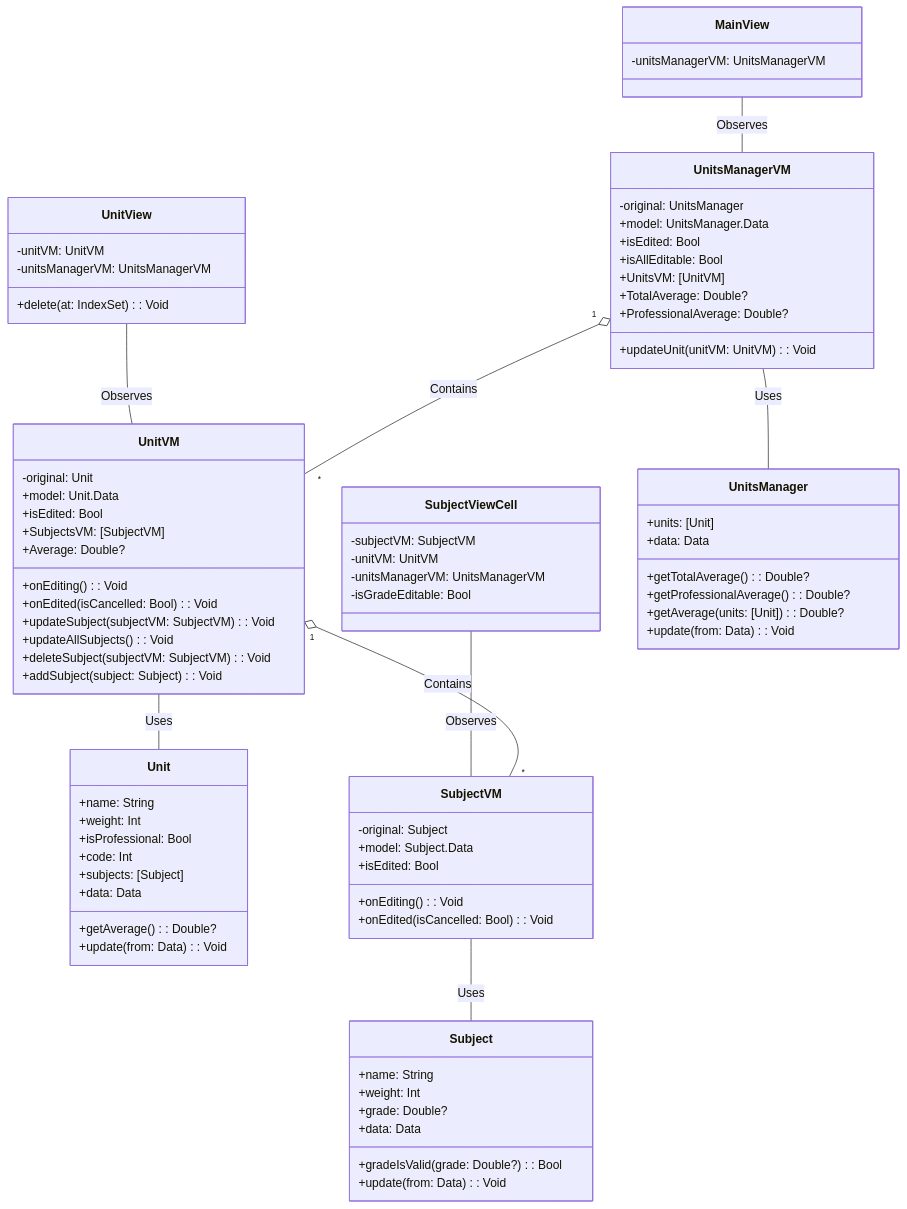
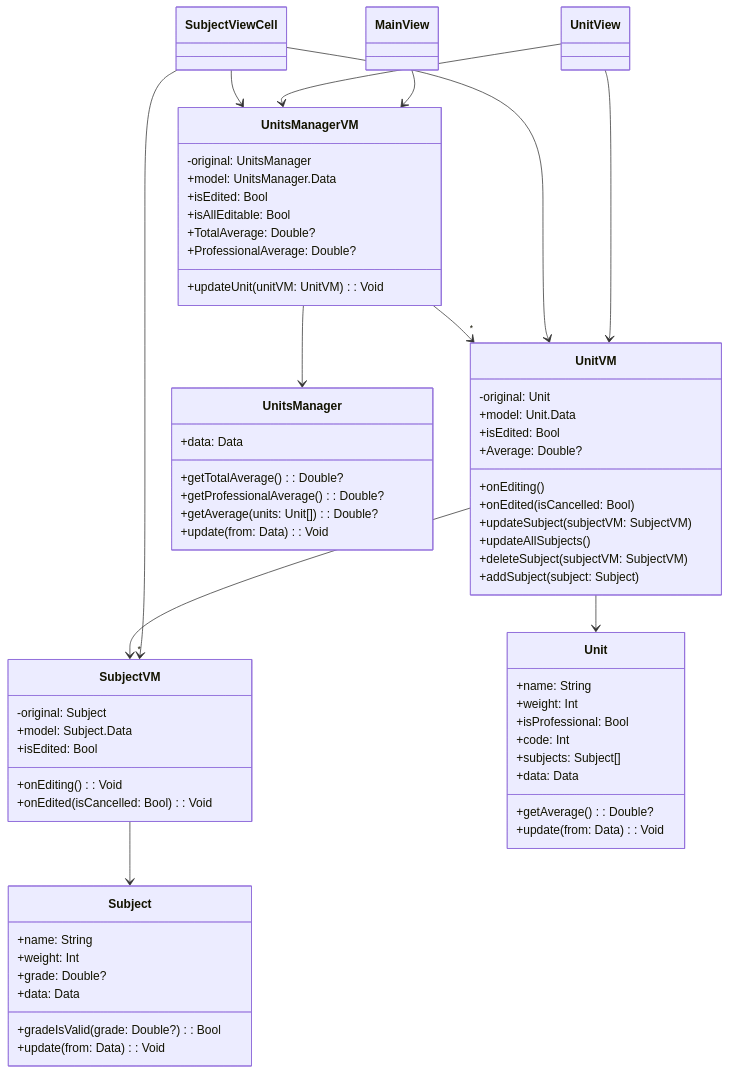
Before and after one commit to draialexis/Graduator: the first of 2 diagrams in README.md, drawn with Mermaid. The commit also changed other lines of this file, not shown here.

````diff
--- a/README.md
+++ b/README.md
@@ -50,36 +53,56 @@
 ```mermaid
 classDiagram
+
+    class MainView
+    class UnitView
+    class SubjectViewCell
+
+    class UnitsManagerVM {
+        -original: UnitsManager
+        +model: UnitsManager.Data
+        +isEdited: Bool
+        +isAllEditable: Bool
+        +updateUnit(unitVM: UnitVM): Void
+        +TotalAverage: Double?
+        +ProfessionalAverage: Double?
+    }
+    class UnitVM {
+        -original: Unit
+        +model: Unit.Data
+        +isEdited: Bool
+        +onEditing()
+        +onEdited(isCancelled: Bool)
+        +updateSubject(subjectVM: SubjectVM)
+        +updateAllSubjects()
+        +deleteSubject(subjectVM: SubjectVM)
+        +addSubject(subject: Subject)
+        +Average: Double?
+    }
+    class SubjectVM {
+        -original: Subject
+        +model: Subject.Data
+        +isEdited: Bool
+        +onEditing(): Void
+        +onEdited(isCancelled: Bool): Void
+    }
+    
+    class UnitsManager {
+        +getTotalAverage(): Double?
+        +getProfessionalAverage(): Double?
+        +getAverage(units: Unit[]): Double?
+        +data: Data
+        +update(from: Data): Void
+    }
     class Unit {
         +name: String
         +weight: Int
         +isProfessional: Bool
         +code: Int
-        +subjects: [Subject]
+        +subjects: Subject[]
         +getAverage(): Double?
         +data: Data
         +update(from: Data): Void
     }
-
-    class UnitVM {
-        -original: Unit
-        +model: Unit.Data
-        +isEdited: Bool
-        +SubjectsVM: [SubjectVM]
-        +onEditing(): Void
-        +onEdited(isCancelled: Bool): Void
-        +updateSubject(subjectVM: SubjectVM): Void
-        +updateAllSubjects(): Void
-        +deleteSubject(subjectVM: SubjectVM): Void
-        +addSubject(subject: Subject): Void
-        +Average: Double?
-    }
-
-    class UnitView {
-        -unitVM: UnitVM
-        -unitsManagerVM: UnitsManagerVM
-        +delete(at: IndexSet): Void
-    }
-
     class Subject {
         +name: String
         +weight: Int
@@ -89,51 +112,16 @@
         +update(from: Data): Void
     }
 
-    class SubjectVM {
-        -original: Subject
-        +model: Subject.Data
-        +isEdited: Bool
-        +onEditing(): Void
-        +onEdited(isCancelled: Bool): Void
-    }
+    MainView --> UnitsManagerVM
+    UnitView --> UnitVM
+    UnitView --> UnitsManagerVM
+    SubjectViewCell --> SubjectVM
+    SubjectViewCell --> UnitVM
+    SubjectViewCell --> UnitsManagerVM
 
-    class SubjectViewCell {
-        -subjectVM: SubjectVM
-        -unitVM: UnitVM
-        -unitsManagerVM: UnitsManagerVM
-        -isGradeEditable: Bool
-    }
-
-    class UnitsManager {
-        +units: [Unit]
-        +getTotalAverage(): Double?
-        +getProfessionalAverage(): Double?
-        +getAverage(units: [Unit]): Double?
-        +data: Data
-        +update(from: Data): Void
-    }
-
-    class UnitsManagerVM {
-        -original: UnitsManager
-        +model: UnitsManager.Data
-        +isEdited: Bool
-        +isAllEditable: Bool
-        +UnitsVM: [UnitVM]
-        +updateUnit(unitVM: UnitVM): Void
-        +TotalAverage: Double?
-        +ProfessionalAverage: Double?
-    }
-
-    class MainView {
-        -unitsManagerVM: UnitsManagerVM
-    }
-
-    UnitVM -- Unit : Uses
-    UnitView -- UnitVM : Observes
-    SubjectVM -- Subject : Uses
-    SubjectViewCell -- SubjectVM : Observes
-    UnitVM "1" o-- "*" SubjectVM : Contains
-    UnitsManagerVM -- UnitsManager : Uses
-    UnitsManagerVM "1" o-- "*" UnitVM : Contains
-    MainView -- UnitsManagerVM : Observes
+    UnitsManagerVM --> "*" UnitVM
+    UnitsManagerVM --> UnitsManager
+    UnitVM --> "*" SubjectVM
+    UnitVM --> Unit
+    SubjectVM --> Subject
 ```
````
